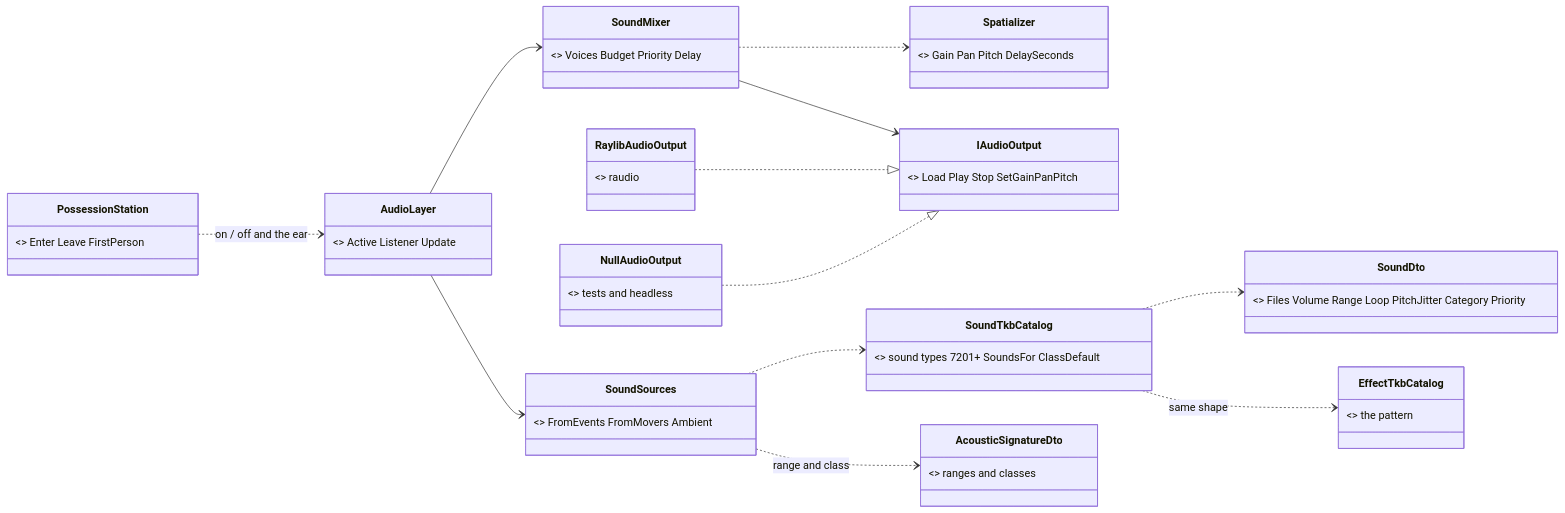
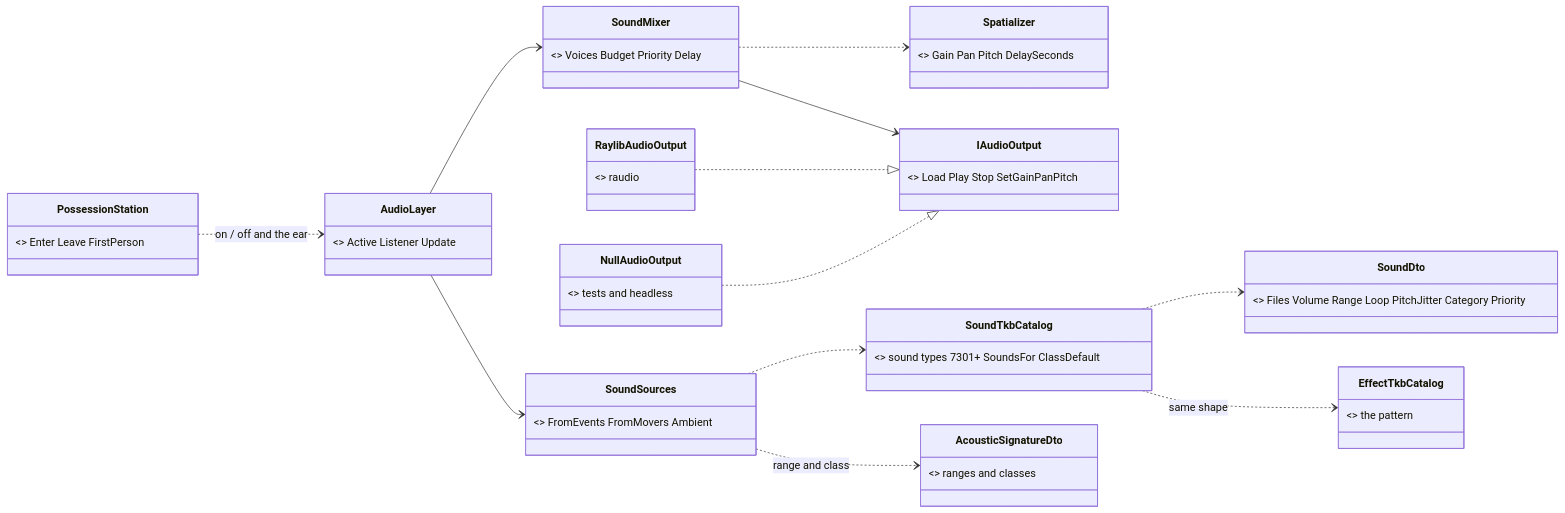
One commit to pjanec/HROT changed the first of 4 diagrams in docs/designs/audio/DESIGN_FPS_Audio.md. Above: the diagram before and after it, drawn with Mermaid. The commit also changed other lines of this file and 14 other files, not shown here.

````diff
--- a/docs/designs/audio/DESIGN_FPS_Audio.md
+++ b/docs/designs/audio/DESIGN_FPS_Audio.md
@@ -46,27 +46,27 @@
 ```mermaid
 classDiagram
     direction LR
     class PossessionStation { <<existing>> Enter Leave FirstPerson }
     class AudioLayer { <<NEW IMapLayer>> Active Listener Update }
     class SoundSources { <<NEW>> FromEvents FromMovers Ambient }
     class SoundMixer { <<NEW>> Voices Budget Priority Delay }
     class Spatializer { <<NEW pure>> Gain Pan Pitch DelaySeconds }
     class IAudioOutput { <<NEW seam>> Load Play Stop SetGainPanPitch }
     class RaylibAudioOutput { <<NEW>> raudio }
     class NullAudioOutput { <<NEW>> tests and headless }
-    class SoundTkbCatalog { <<NEW Hrot.Core>> sound types 7201+ SoundsFor ClassDefault }
+    class SoundTkbCatalog { <<NEW Hrot.Core>> sound types 7301+ SoundsFor ClassDefault }
     class SoundDto { <<NEW TKB descriptor>> Files Volume Range Loop PitchJitter Category Priority }
     class AcousticSignatureDto { <<existing>> ranges and classes }
     class EffectTkbCatalog { <<existing>> the pattern }
     PossessionStation ..> AudioLayer : on / off and the ear
     AudioLayer --> SoundSources
     AudioLayer --> SoundMixer
     SoundMixer ..> Spatializer
     SoundMixer --> IAudioOutput
     RaylibAudioOutput ..|> IAudioOutput
     NullAudioOutput ..|> IAudioOutput
     SoundSources ..> SoundTkbCatalog
     SoundTkbCatalog ..> SoundDto
     SoundSources ..> AcousticSignatureDto : range and class
     SoundTkbCatalog ..> EffectTkbCatalog : same shape
 ```
````
